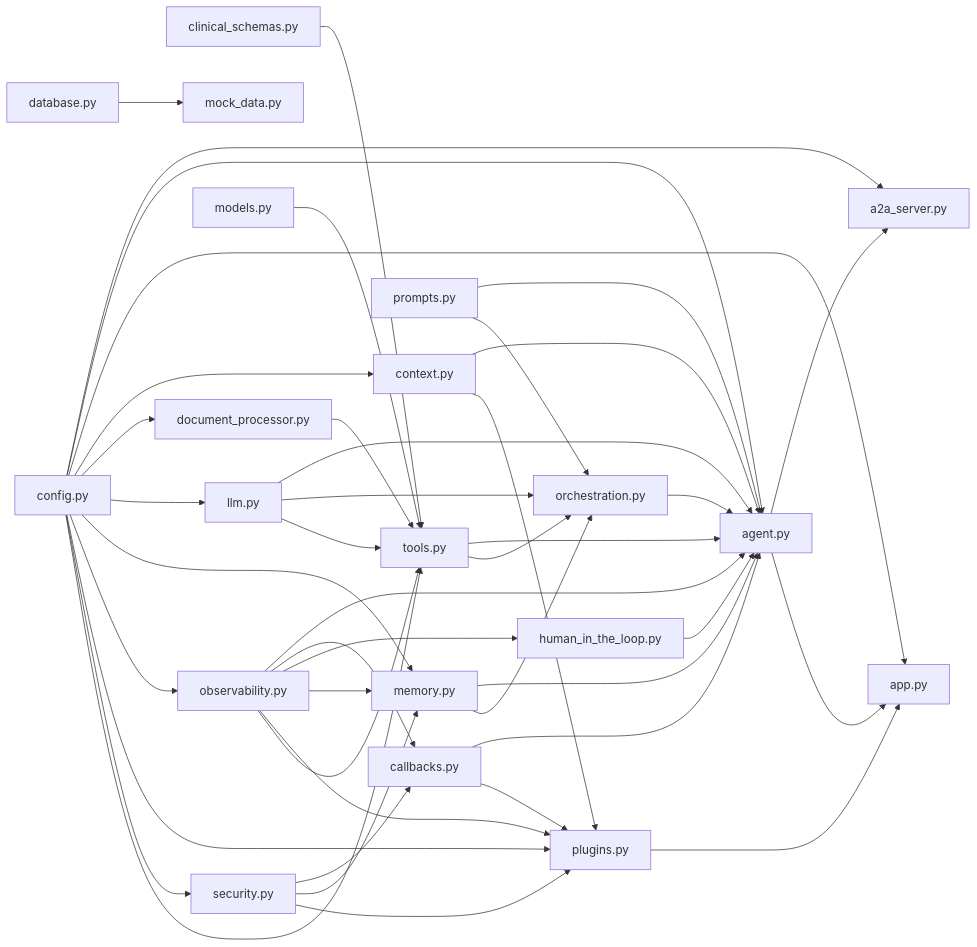
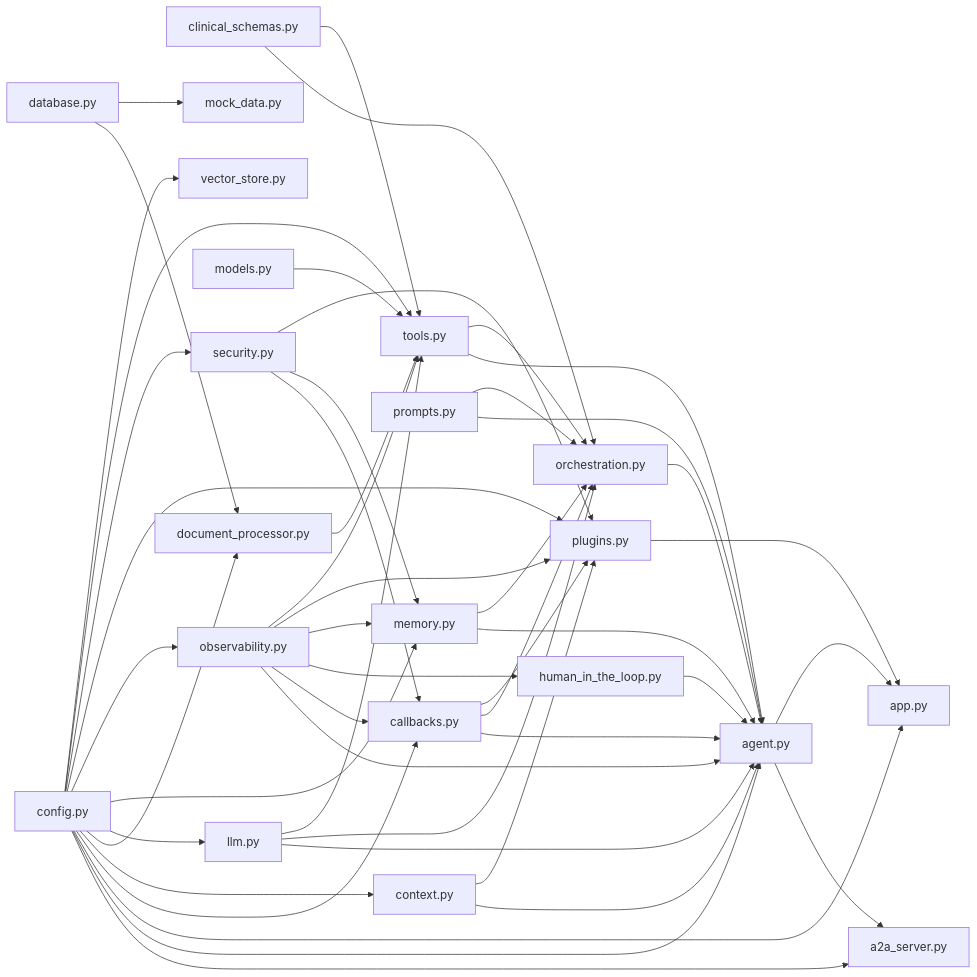
One commit to GeorgiNaydenov/Google-Capstone-Project changed the diagram in raw/architecture/2026-07-04-module-dependency-graph.md. Above: the diagram before and after it, drawn with Mermaid. The commit also changed 290 other files, not shown here.

````diff
--- a/raw/architecture/2026-07-04-module-dependency-graph.md
+++ b/raw/architecture/2026-07-04-module-dependency-graph.md
@@ -13,66 +13,72 @@
 ```mermaid
 flowchart LR
     a2a_server[a2a_server.py]
     agent[agent.py]
     app[app.py]
     callbacks[callbacks.py]
     clinical_schemas[clinical_schemas.py]
     config[config.py]
     context[context.py]
     database[database.py]
     document_processor[document_processor.py]
     human_in_the_loop[human_in_the_loop.py]
     llm[llm.py]
     memory[memory.py]
     mock_data[mock_data.py]
     models[models.py]
     observability[observability.py]
     orchestration[orchestration.py]
     plugins[plugins.py]
     prompts[prompts.py]
     security[security.py]
     tools[tools.py]
+    vector_store[vector_store.py]
 
     agent --> a2a_server
     agent --> app
     callbacks --> agent
+    callbacks --> orchestration
     callbacks --> plugins
+    clinical_schemas --> orchestration
     clinical_schemas --> tools
     config --> a2a_server
     config --> agent
     config --> app
+    config --> callbacks
     config --> context
     config --> document_processor
     config --> llm
     config --> memory
     config --> observability
     config --> plugins
     config --> security
     config --> tools
+    config --> vector_store
     context --> agent
     context --> plugins
+    database --> document_processor
     database --> mock_data
     document_processor --> tools
     human_in_the_loop --> agent
     llm --> agent
     llm --> orchestration
     llm --> tools
     memory --> agent
     memory --> orchestration
     models --> tools
     observability --> agent
     observability --> callbacks
     observability --> human_in_the_loop
     observability --> memory
     observability --> plugins
     observability --> tools
     orchestration --> agent
     plugins --> app
     prompts --> agent
     prompts --> orchestration
     security --> callbacks
     security --> memory
     security --> plugins
     tools --> agent
     tools --> orchestration
 ```
````
